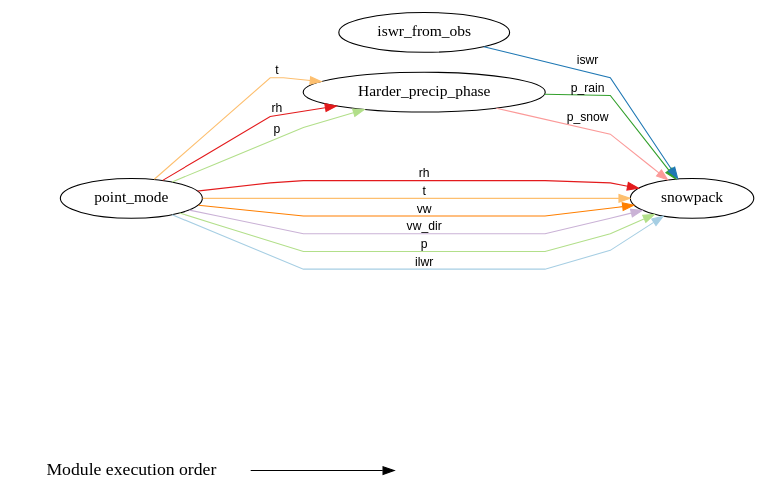
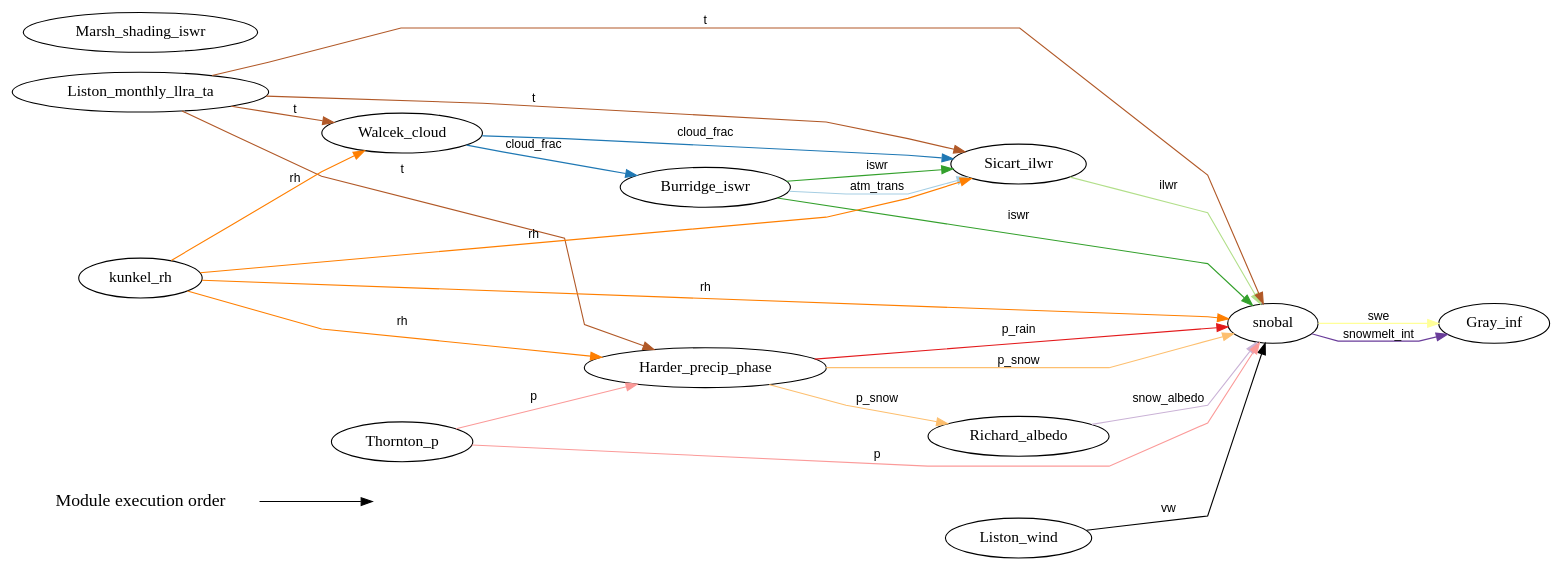
Before and after one commit to Chrismarsh/CHM: the diagram in modules.dot, drawn with Graphviz. The commit also changed 55 other files, not shown here.

```diff
--- a/modules.dot
+++ b/modules.dot
@@ -1,79 +1,142 @@
 digraph G {
 	graph [rankdir=LR,
 		splines=polyline
 	];
 	{
 		node [fontsize=16,
 			shape=plaintext
 		];
 		"Module execution order"		 [fontsize=16,
 			shape=plaintext];
 		""		 [fontsize=16,
 			shape=plaintext];
 		"Module execution order" -> "";
 	}
-	0	 [label=Harder_precip_phase];
-	3	 [label=snowpack];
-	0 -> 3	 [color="/paired12/4",
+	0	 [label=Burridge_iswr];
+	7	 [label=Sicart_ilwr];
+	0 -> 7	 [color="/paired12/4",
+		edgetype=iswr,
+		fontname=Helvetica,
+		fontsize=11,
+		label=iswr];
+	0 -> 7	 [color="/paired12/1",
+		edgetype=atm_trans,
+		fontname=Helvetica,
+		fontsize=11,
+		label=atm_trans];
+	11	 [label=snobal];
+	0 -> 11	 [color="/paired12/4",
+		edgetype=iswr,
+		fontname=Helvetica,
+		fontsize=11,
+		label=iswr];
+	1	 [label=Gray_inf];
+	2	 [label=Harder_precip_phase];
+	6	 [label=Richard_albedo];
+	2 -> 6	 [color="/paired12/7",
+		edgetype=p_snow,
+		fontname=Helvetica,
+		fontsize=11,
+		label=p_snow];
+	2 -> 11	 [color="/paired12/6",
 		edgetype=p_rain,
 		fontname=Helvetica,
 		fontsize=11,
 		label=p_rain];
-	0 -> 3	 [color="/paired12/5",
+	2 -> 11	 [color="/paired12/7",
 		edgetype=p_snow,
 		fontname=Helvetica,
 		fontsize=11,
 		label=p_snow];
-	1	 [label=iswr_from_obs];
-	1 -> 3	 [color="/paired12/2",
-		edgetype=iswr,
-		fontname=Helvetica,
-		fontsize=11,
-		label=iswr];
-	2	 [label=point_mode];
-	2 -> 0	 [color="/paired12/7",
+	3	 [label=Liston_monthly_llra_ta];
+	3 -> 2	 [color="/paired12/12",
 		edgetype=t,
 		fontname=Helvetica,
 		fontsize=11,
 		label=t];
-	2 -> 0	 [color="/paired12/6",
+	3 -> 7	 [color="/paired12/12",
+		edgetype=t,
+		fontname=Helvetica,
+		fontsize=11,
+		label=t];
+	9	 [label=Walcek_cloud];
+	3 -> 9	 [color="/paired12/12",
+		edgetype=t,
+		fontname=Helvetica,
+		fontsize=11,
+		label=t];
+	3 -> 11	 [color="/paired12/12",
+		edgetype=t,
+		fontname=Helvetica,
+		fontsize=11,
+		label=t];
+	4	 [label=Liston_wind];
+	4 -> 11	 [color="/paired12/13",
+		edgetype=vw,
+		fontname=Helvetica,
+		fontsize=11,
+		label=vw];
+	5	 [label=Marsh_shading_iswr];
+	6 -> 11	 [color="/paired12/9",
+		edgetype=snow_albedo,
+		fontname=Helvetica,
+		fontsize=11,
+		label=snow_albedo];
+	7 -> 11	 [color="/paired12/3",
+		edgetype=ilwr,
+		fontname=Helvetica,
+		fontsize=11,
+		label=ilwr];
+	8	 [label=Thornton_p];
+	8 -> 2	 [color="/paired12/5",
+		edgetype=p,
+		fontname=Helvetica,
+		fontsize=11,
+		label=p];
+	8 -> 11	 [color="/paired12/5",
+		edgetype=p,
+		fontname=Helvetica,
+		fontsize=11,
+		label=p];
+	9 -> 0	 [color="/paired12/2",
+		edgetype=cloud_frac,
+		fontname=Helvetica,
+		fontsize=11,
+		label=cloud_frac];
+	9 -> 7	 [color="/paired12/2",
+		edgetype=cloud_frac,
+		fontname=Helvetica,
+		fontsize=11,
+		label=cloud_frac];
+	10	 [label=kunkel_rh];
+	10 -> 2	 [color="/paired12/8",
 		edgetype=rh,
 		fontname=Helvetica,
 		fontsize=11,
 		label=rh];
-	2 -> 0	 [color="/paired12/3",
-		edgetype=p,
-		fontname=Helvetica,
-		fontsize=11,
-		label=p];
-	2 -> 3	 [color="/paired12/6",
+	10 -> 7	 [color="/paired12/8",
 		edgetype=rh,
 		fontname=Helvetica,
 		fontsize=11,
 		label=rh];
-	2 -> 3	 [color="/paired12/7",
-		edgetype=t,
+	10 -> 9	 [color="/paired12/8",
+		edgetype=rh,
 		fontname=Helvetica,
 		fontsize=11,
-		label=t];
-	2 -> 3	 [color="/paired12/8",
-		edgetype=vw,
+		label=rh];
+	10 -> 11	 [color="/paired12/8",
+		edgetype=rh,
 		fontname=Helvetica,
 		fontsize=11,
-		label=vw];
-	2 -> 3	 [color="/paired12/9",
-		edgetype=vw_dir,
+		label=rh];
+	11 -> 1	 [color="/paired12/11",
+		edgetype=swe,
 		fontname=Helvetica,
 		fontsize=11,
-		label=vw_dir];
-	2 -> 3	 [color="/paired12/3",
-		edgetype=p,
+		label=swe];
+	11 -> 1	 [color="/paired12/10",
+		edgetype=snowmelt_int,
 		fontname=Helvetica,
 		fontsize=11,
-		label=p];
-	2 -> 3	 [color="/paired12/1",
-		edgetype=ilwr,
-		fontname=Helvetica,
-		fontsize=11,
-		label=ilwr];
+		label=snowmelt_int];
 }
```
